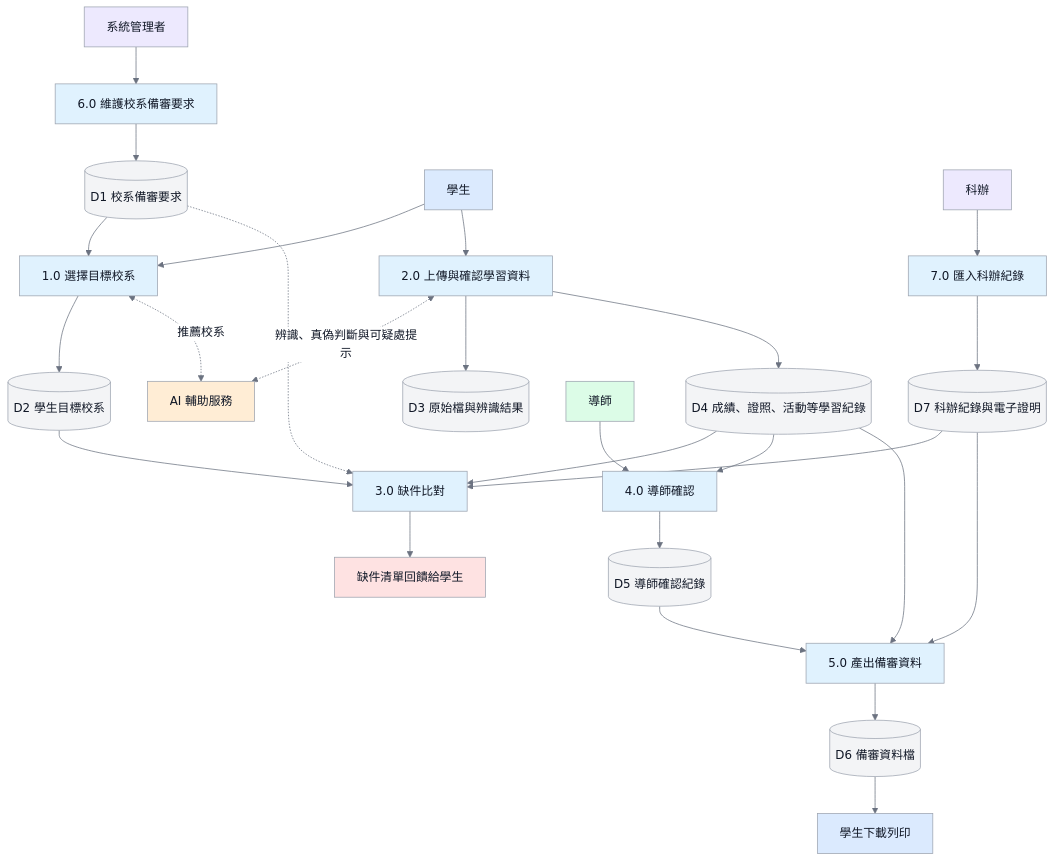
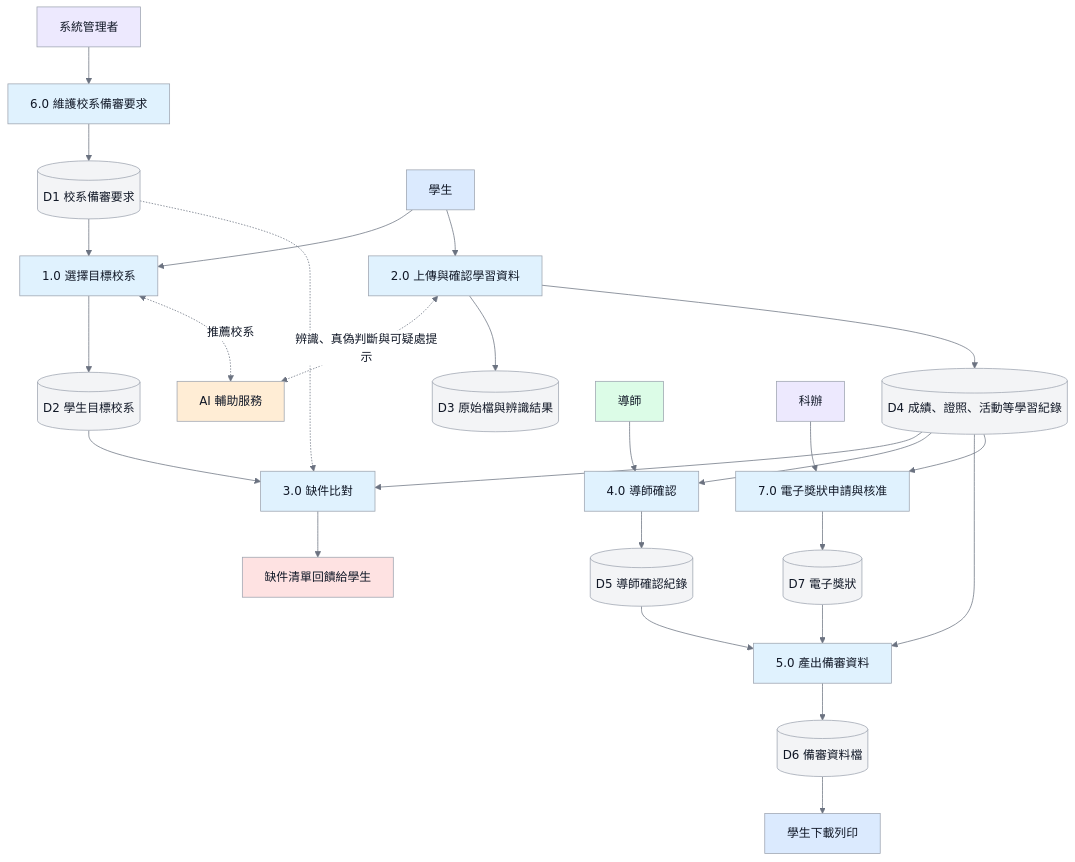
The diagram in docs/images/D-06-dfd.mmd (vujhdcusa/1028), drawn with Mermaid before and after one commit. The commit also changed 33 other files, not shown here.

```diff
--- a/docs/images/D-06-dfd.mmd
+++ b/docs/images/D-06-dfd.mmd
@@ -1,36 +1,36 @@
 %%{init: {'theme':'base','themeVariables': {'fontFamily':'Microsoft JhengHei, Noto Sans TC, Arial, sans-serif','primaryColor':'#F3F4F6','primaryTextColor':'#111827','primaryBorderColor':'#9CA3AF','lineColor':'#6B7280','edgeLabelBackground':'#FFFFFF'},'flowchart':{'wrappingWidth':400}}}%%
 flowchart TD
     classDef student fill:#DBEAFE,stroke:#9CA3AF,color:#111827,stroke-width:1px;
     classDef teacher fill:#DCFCE7,stroke:#9CA3AF,color:#111827,stroke-width:1px;
     classDef admin fill:#EDE9FE,stroke:#9CA3AF,color:#111827,stroke-width:1px;
     classDef system fill:#E0F2FE,stroke:#9CA3AF,color:#111827,stroke-width:1px;
     classDef store fill:#F3F4F6,stroke:#9CA3AF,color:#111827,stroke-width:1px;
     classDef ai fill:#FFEDD5,stroke:#9CA3AF,color:#111827,stroke-width:1px;
     classDef alert fill:#FEE2E2,stroke:#9CA3AF,color:#111827,stroke-width:1px;
     classDef pending fill:#FFFFFF,stroke:#9CA3AF,color:#6B7280,stroke-width:1px,stroke-dasharray:5 3;
 
     Admin[系統管理者]:::admin --> P6[6.0 維護校系備審要求]:::system
     P6 --> D1[(D1 校系備審要求)]:::store
     D1 --> P1[1.0 選擇目標校系]:::system
     Student[學生]:::student --> P1
     P1 --> D2[(D2 學生目標校系)]:::store
     Student --> P2[2.0 上傳與確認學習資料]:::system
     P2 <-. 辨識、真偽判斷與可疑處提示 .-> AI[AI 輔助服務]:::ai
     P1 <-. 推薦校系 .-> AI
     P2 --> D3[(D3 原始檔與辨識結果)]:::store
     P2 --> D4[(D4 成績、證照、活動等學習紀錄)]:::store
     D2 --> P3[3.0 缺件比對]:::system
     D4 --> P3
     D1 -.-> P3
     P3 --> Gap[缺件清單回饋給學生]:::alert
     D4 --> P4[4.0 導師確認]:::system
     Teacher[導師]:::teacher --> P4
     P4 --> D5[(D5 導師確認紀錄)]:::store
     D5 --> P5[5.0 產出備審資料]:::system
     D4 --> P5
     P5 --> D6[(D6 備審資料檔)]:::store
     D6 --> Download[學生下載列印]:::student
-    Staff[科辦]:::admin --> P7[7.0 匯入科辦紀錄]:::system
-    P7 --> D7[(D7 科辦紀錄與電子證明)]:::store
-    D7 --> P3
+    D4 --> P7[7.0 電子獎狀申請與核准]:::system
+    Staff[科辦]:::admin --> P7
+    P7 --> D7[(D7 電子獎狀)]:::store
     D7 --> P5
```
